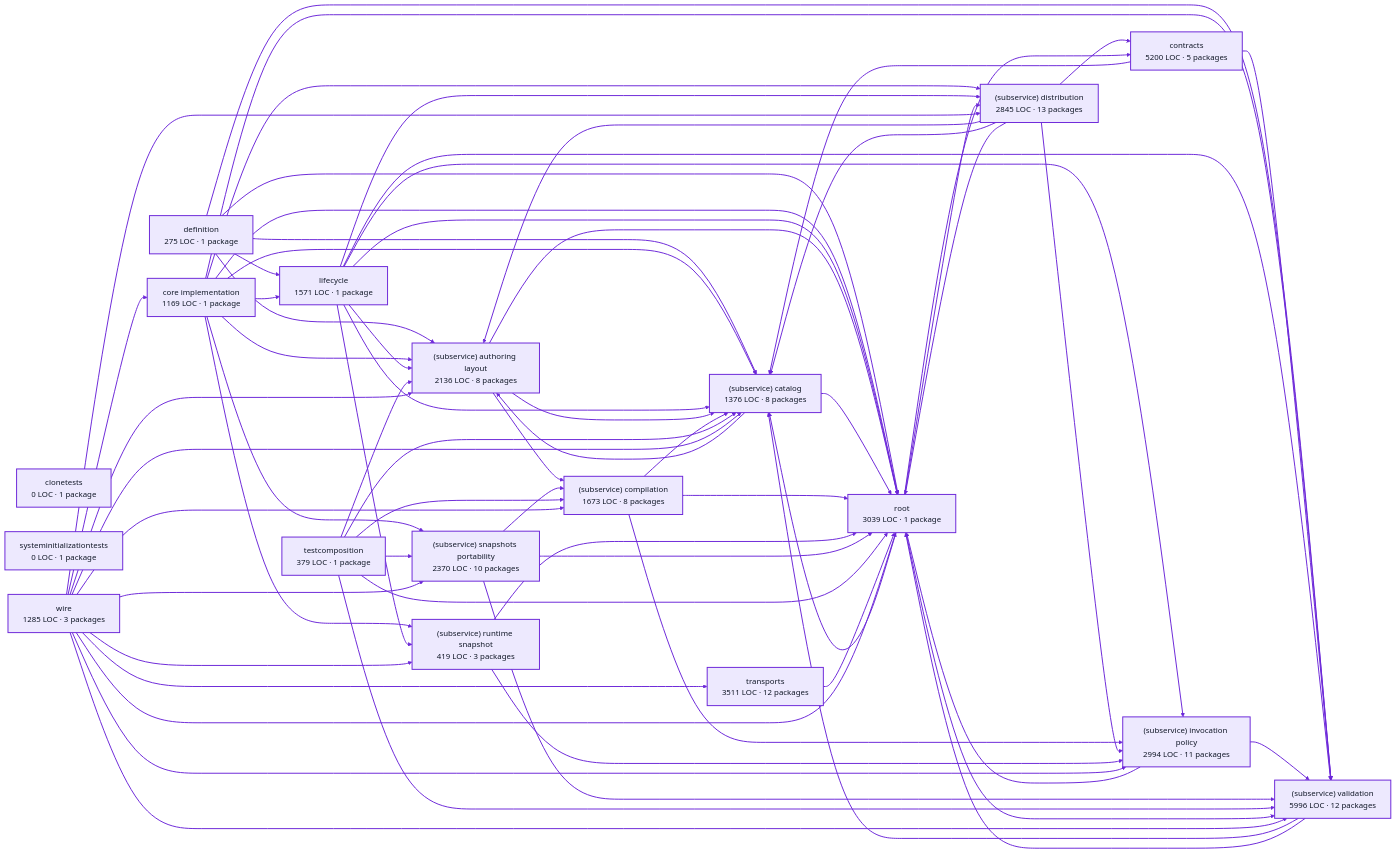
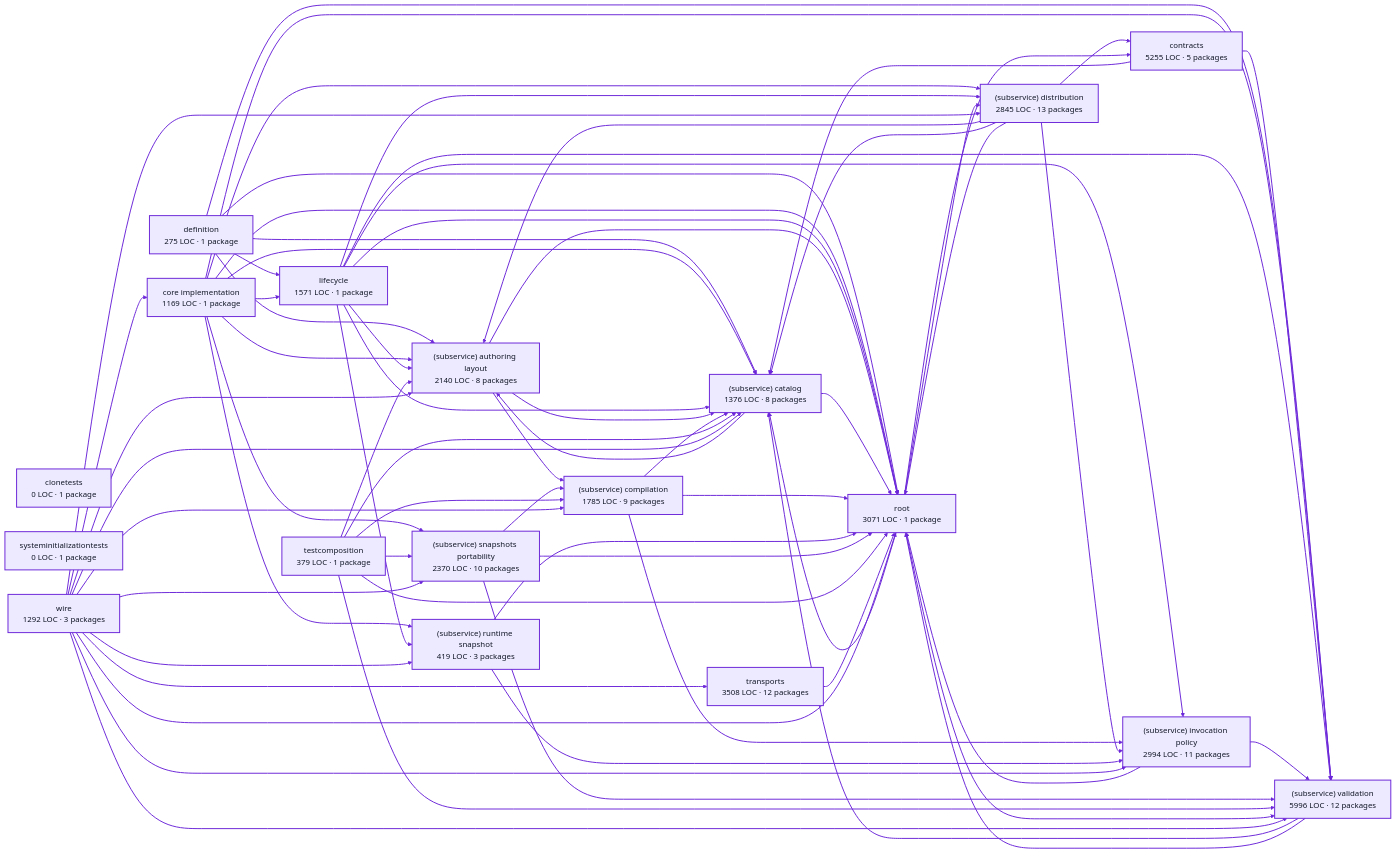
Before and after one commit to portpowered/you-agent-factory: the diagram in docs/architecture/visualizations/services/factory_definitions.md, drawn with Mermaid. The commit also changed other lines of this file and 20 other files, not shown here.

Commit message:
docs: refresh backend architecture visualizations

```diff
--- a/docs/architecture/visualizations/services/factory_definitions.md
+++ b/docs/architecture/visualizations/services/factory_definitions.md
@@ -13,21 +13,21 @@
   p0["clonetests<br/>0 LOC · 1 package"]
   p1["definition<br/>275 LOC · 1 package"]
   p2["core implementation<br/>1169 LOC · 1 package"]
-  p3["contracts<br/>5200 LOC · 5 packages"]
+  p3["contracts<br/>5255 LOC · 5 packages"]
   p4["lifecycle<br/>1571 LOC · 1 package"]
-  p5["(subservice) authoring layout<br/>2136 LOC · 8 packages"]
+  p5["(subservice) authoring layout<br/>2140 LOC · 8 packages"]
   p6["(subservice) catalog<br/>1376 LOC · 8 packages"]
-  p7["(subservice) compilation<br/>1673 LOC · 8 packages"]
+  p7["(subservice) compilation<br/>1785 LOC · 9 packages"]
   p8["(subservice) distribution<br/>2845 LOC · 13 packages"]
   p9["(subservice) invocation policy<br/>2994 LOC · 11 packages"]
   p10["(subservice) runtime snapshot<br/>419 LOC · 3 packages"]
   p11["(subservice) snapshots portability<br/>2370 LOC · 10 packages"]
   p12["(subservice) validation<br/>5996 LOC · 12 packages"]
   p13["testcomposition<br/>379 LOC · 1 package"]
-  p14["root<br/>3039 LOC · 1 package"]
+  p14["root<br/>3071 LOC · 1 package"]
   p15["systeminitializationtests<br/>0 LOC · 1 package"]
-  p16["transports<br/>3511 LOC · 12 packages"]
-  p17["wire<br/>1285 LOC · 3 packages"]
+  p16["transports<br/>3508 LOC · 12 packages"]
+  p17["wire<br/>1292 LOC · 3 packages"]
   p1 --> p4
   p1 --> p5
   p1 --> p6
```
